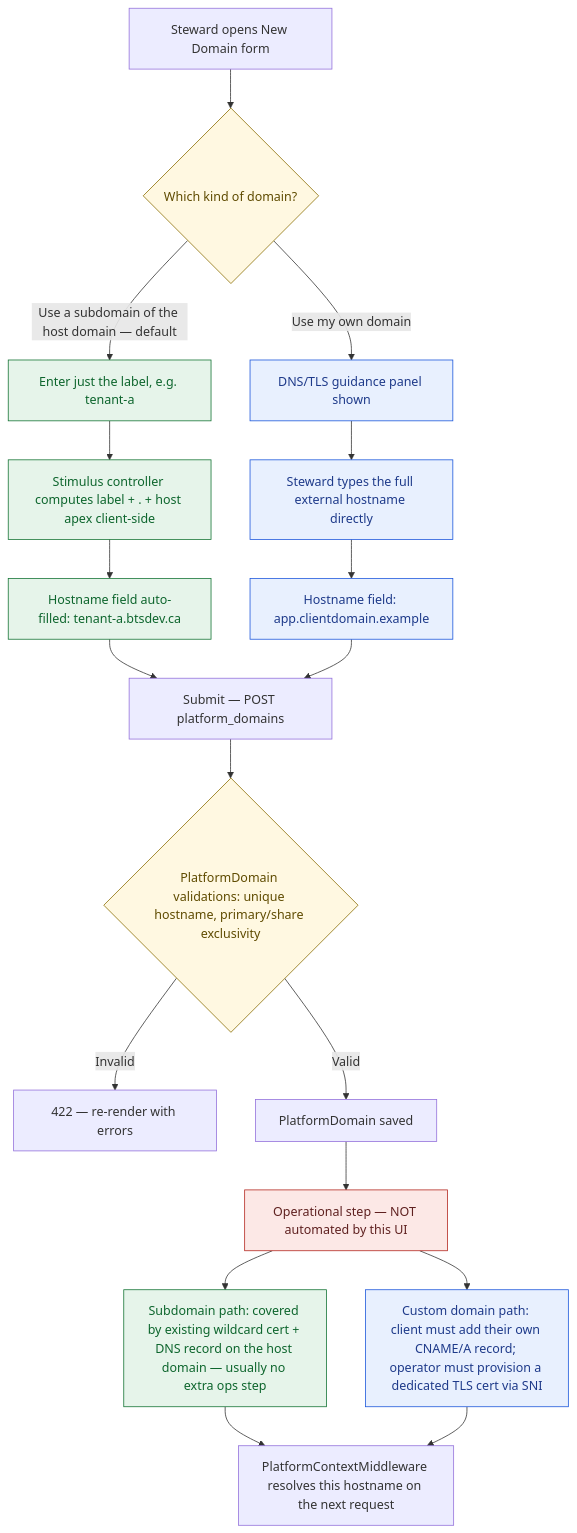
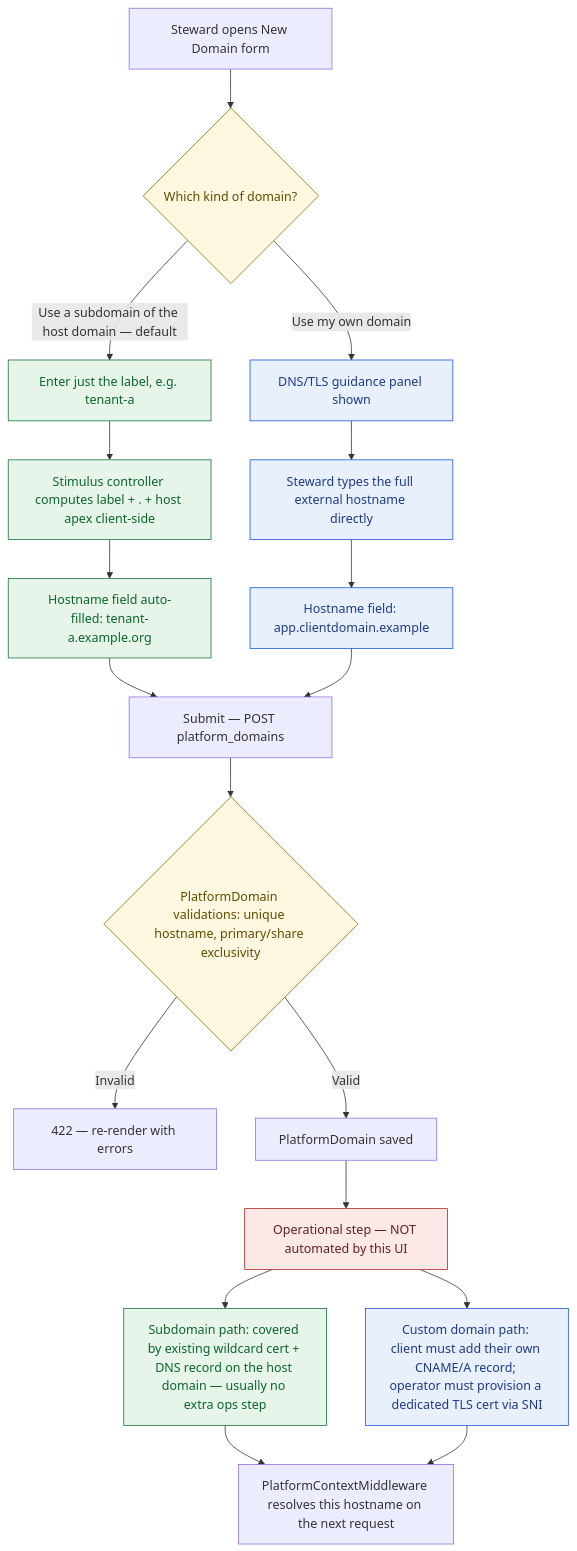
Before and after one commit to better-together-org/community-engine-rails: the diagram in docs/diagrams/source/platform_domain_subdomain_vs_custom_picker_decision.mmd, drawn with Mermaid. The commit also changed 22 other files, not shown here.

```diff
--- a/docs/diagrams/source/platform_domain_subdomain_vs_custom_picker_decision.mmd
+++ b/docs/diagrams/source/platform_domain_subdomain_vs_custom_picker_decision.mmd
@@ -1,33 +1,33 @@
 flowchart TD
   A[Steward opens New Domain form] --> B{Which kind of domain?}
 
   B -->|Use a subdomain of the host domain — default| C[Enter just the label, e.g. tenant-a]
   C --> D[Stimulus controller computes label + . + host apex client-side]
-  D --> E[Hostname field auto-filled: tenant-a.btsdev.ca]
+  D --> E[Hostname field auto-filled: tenant-a.example.org]
 
   B -->|Use my own domain| F[DNS/TLS guidance panel shown]
   F --> G[Steward types the full external hostname directly]
   G --> H[Hostname field: app.clientdomain.example]
 
   E --> I[Submit — POST platform_domains]
   H --> I
 
   I --> J{PlatformDomain validations: unique hostname, primary/share exclusivity}
   J -->|Invalid| K[422 — re-render with errors]
   J -->|Valid| L[PlatformDomain saved]
 
   L --> M[Operational step — NOT automated by this UI]
   M --> N[Subdomain path: covered by existing wildcard cert + DNS record on the host domain — usually no extra ops step]
   M --> O[Custom domain path: client must add their own CNAME/A record; operator must provision a dedicated TLS cert via SNI]
 
   N --> P[PlatformContextMiddleware resolves this hostname on the next request]
   O --> P
 
   classDef decision fill:#fff8e1,stroke:#8a6d00,color:#5f4b00;
   classDef subdomain fill:#e6f4ea,stroke:#137333,color:#0d652d;
   classDef custom fill:#e8f0fe,stroke:#1a56db,color:#1e3a8a;
   classDef ops fill:#fce8e6,stroke:#b3261e,color:#5f2120;
   class B,J decision;
   class C,D,E,N subdomain;
   class F,G,H,O custom;
   class M ops;
```
